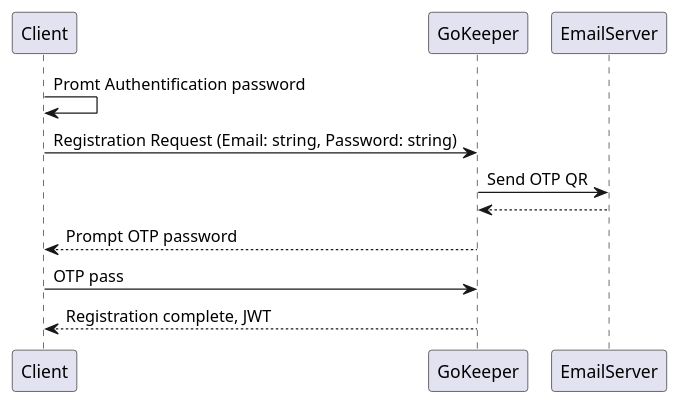
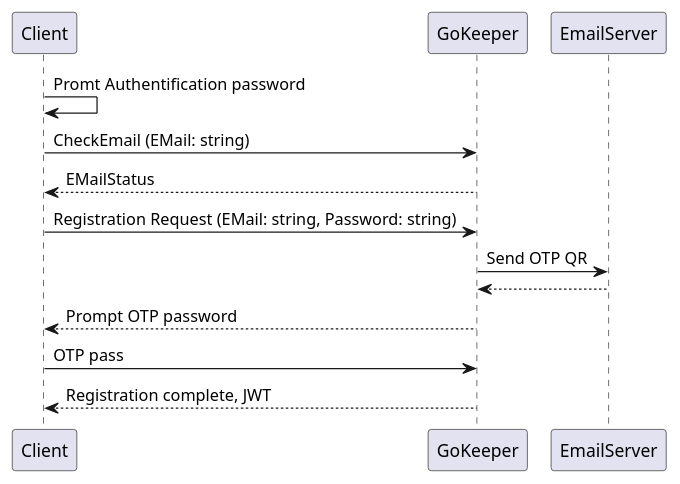
One commit to StasMerzlyakov/gophkeeper changed the first of 3 diagrams in README.md. Above: the diagram before and after it, drawn with PlantUML. The commit also changed other lines of this file and 18 other files, not shown here.

````diff
--- a/README.md
+++ b/README.md
@@ -19,11 +19,13 @@
 ```plantuml
 @startuml
 Client->Client: Promt Authentification password
-Client->GoKeeper: Registration Request (Email: string, Password: string)
+Client->GoKeeper: CheckEmail (EMail: string)
+GoKeeper --> Client: EMailStatus
+Client->GoKeeper: Registration Request (EMail: string, Password: string)
 GoKeeper-> EmailServer: Send OTP QR
 EmailServer-->GoKeeper:
 GoKeeper-->Client: Prompt OTP password
 Client->GoKeeper: OTP pass
 GoKeeper-->Client: Registration complete, JWT
 @enduml
 ```
````
